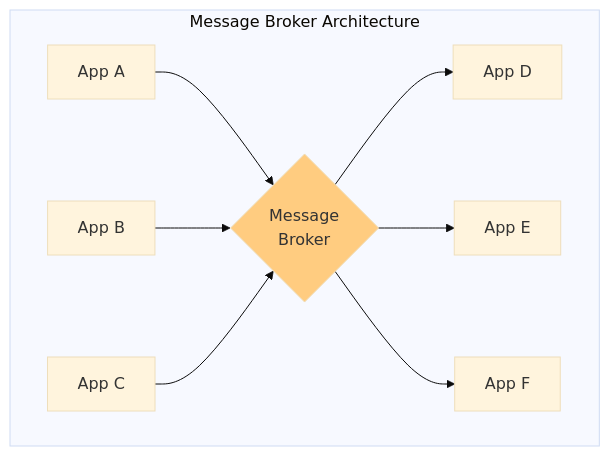
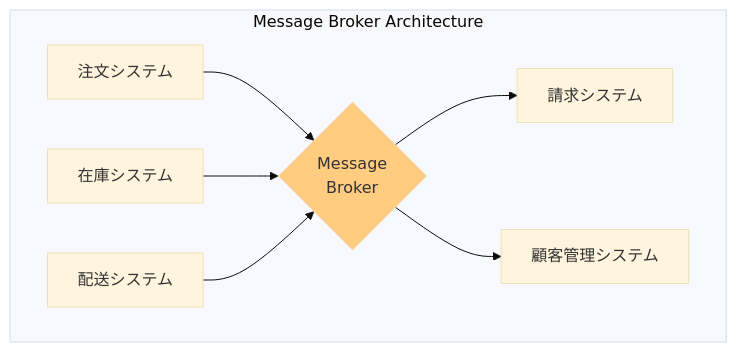
Before and after one commit to tomoikey/quartz: the third of 7 diagrams in content/programming/reactive_messaging_pattern/architectural-routers/message_broker.md, drawn with Mermaid (base theme). The commit also changed other lines of this file and 18 other files, not shown here.

````diff
--- a/content/programming/reactive_messaging_pattern/architectural-routers/message_broker.md
+++ b/content/programming/reactive_messaging_pattern/architectural-routers/message_broker.md
@@ -34,13 +82,12 @@
 ```mermaid
 graph TB
     subgraph "Message Broker Architecture"
-        A1[App A] --> MB{Message<br/>Broker}
-        A2[App B] --> MB
-        A3[App C] --> MB
-        MB --> A4[App D]
-        MB --> A5[App E]
-        MB --> A6[App F]
+        A1[注文システム] --> MB{Message<br/>Broker}
+        A2[在庫システム] --> MB
+        A3[配送システム] --> MB
+        MB --> A4[請求システム]
+        MB --> A5[顧客管理システム]
     end
 
     style MB fill:#ffcc80
 ```
````
